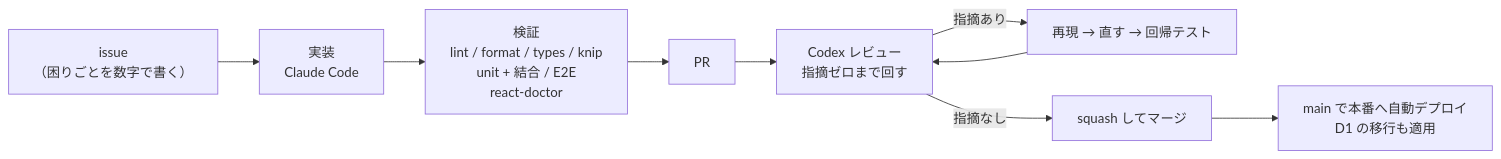
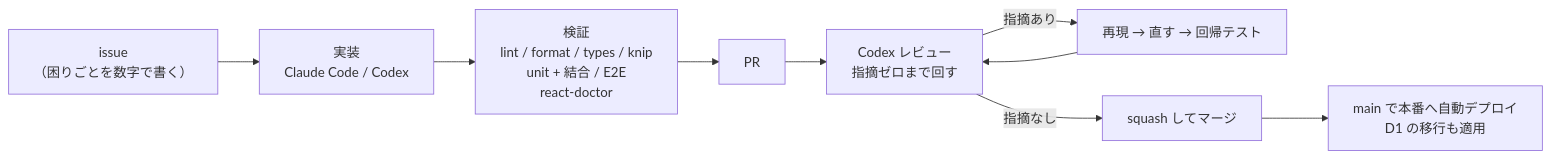
Before and after one commit to yamazaki-yuki-23/iekei-ramen-mcp-apps: the fourth of 4 diagrams in README.md, drawn with Mermaid. The commit also changed other lines of this file and 17 other files, not shown here.

````diff
--- a/README.md
+++ b/README.md
@@ -269,11 +271,11 @@
 ```mermaid
 flowchart LR
-  issue["issue<br/>（困りごとを数字で書く）"] --> impl["実装<br/>Claude Code"]
+  issue["issue<br/>（困りごとを数字で書く）"] --> impl["実装<br/>Claude Code / Codex"]
   impl --> verify["検証<br/>lint / format / types / knip<br/>unit + 結合 / E2E<br/>react-doctor"]
   verify --> pr["PR"]
   pr --> review["Codex レビュー<br/>指摘ゼロまで回す"]
   review -- "指摘あり" --> fix["再現 → 直す → 回帰テスト"]
   fix --> review
   review -- "指摘なし" --> merge["squash してマージ"]
   merge --> deploy["main で本番へ自動デプロイ<br/>D1 の移行も適用"]
 ```
````
